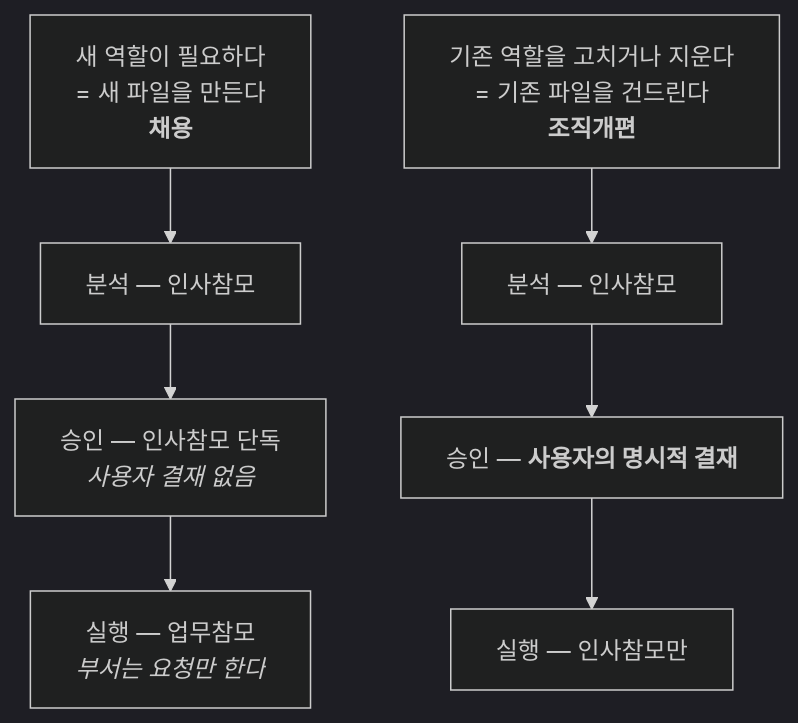
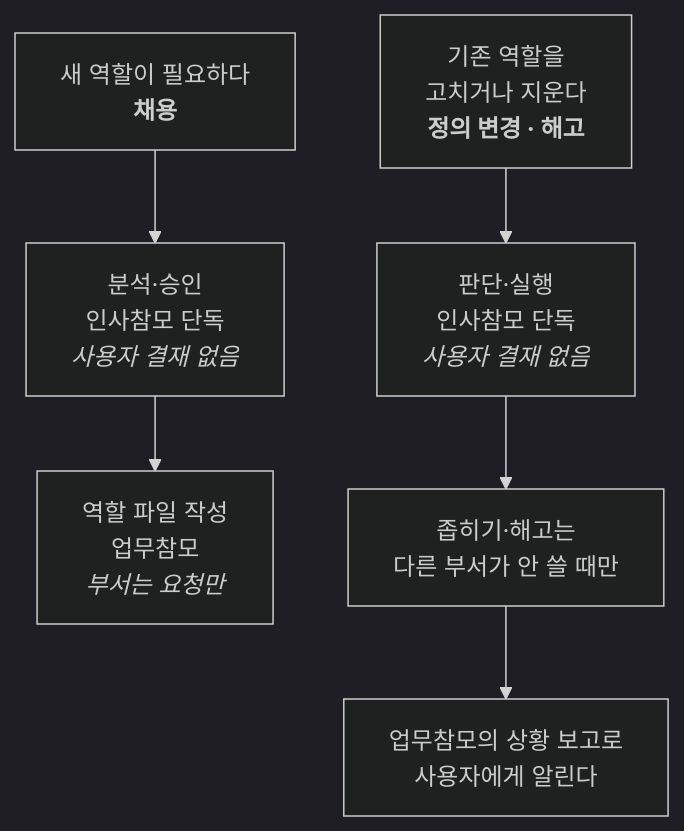
The diagram in docs/staff-governance.md (Alex2006-KOR/aise-org-site), drawn with Mermaid (dark theme) before and after one commit. The commit also changed other lines of this file and 30 other files, not shown here.

````diff
--- a/docs/staff-governance.md
+++ b/docs/staff-governance.md
@@ -127,14 +130,13 @@
 ```mermaid
 flowchart TD
-  R0["새 역할이 필요하다<br/>= 새 파일을 만든다<br/><b>채용</b>"]
-  R1["분석 — 인사참모"]
-  R2["승인 — 인사참모 단독<br/><i>사용자 결재 없음</i>"]
-  R3["실행 — 업무참모<br/><i>부서는 요청만 한다</i>"]
-  R0 --> R1 --> R2 --> R3
+  R0["새 역할이 필요하다<br/><b>채용</b>"]
+  R1["분석·승인<br/>인사참모 단독<br/><i>사용자 결재 없음</i>"]
+  R2["역할 파일 작성<br/>업무참모<br/><i>부서는 요청만</i>"]
+  R0 --> R1 --> R2
 
-  O0["기존 역할을 고치거나 지운다<br/>= 기존 파일을 건드린다<br/><b>조직개편</b>"]
-  O1["분석 — 인사참모"]
-  O2["승인 — <b>사용자의 명시적 결재</b>"]
-  O3["실행 — 인사참모만"]
+  O0["기존 역할을<br/>고치거나 지운다<br/><b>정의 변경 · 해고</b>"]
+  O1["판단·실행<br/>인사참모 단독<br/><i>사용자 결재 없음</i>"]
+  O2["좁히기·해고는<br/>다른 부서가 안 쓸 때만"]
+  O3["업무참모의 상황 보고로<br/>사용자에게 알린다"]
   O0 --> O1 --> O2 --> O3
 ```
````
